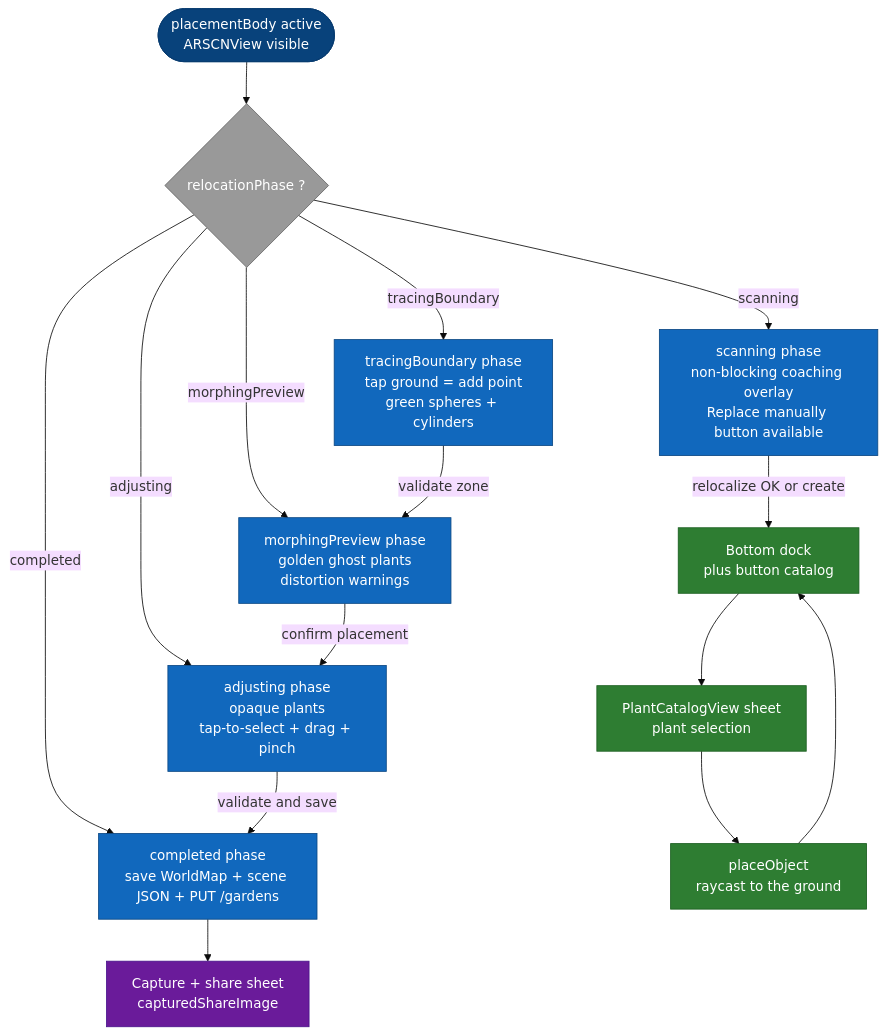
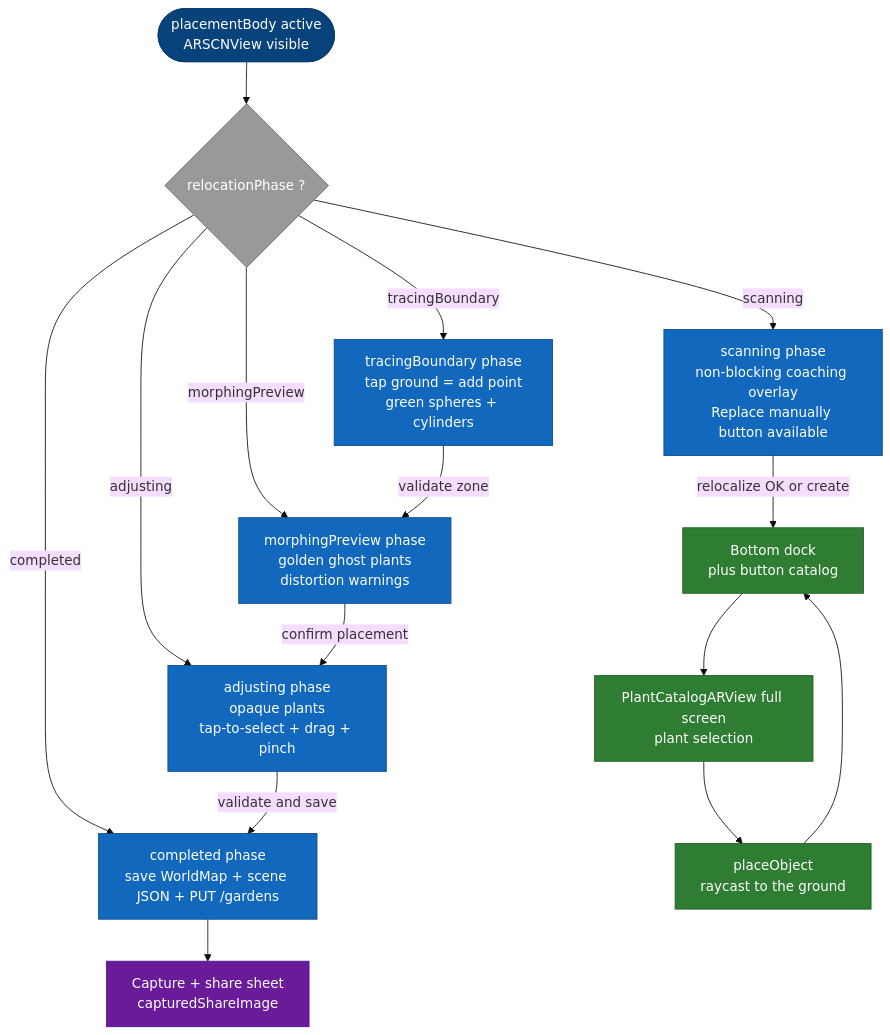
The diagram in docs/en/screens/garden-ar-placement.md (ArboreTeam/Arbore), drawn with Mermaid (base theme) before and after one commit. The commit also changed other lines of this file and 13 other files, not shown here.

````diff
--- a/docs/en/screens/garden-ar-placement.md
+++ b/docs/en/screens/garden-ar-placement.md
@@ -31,47 +31,47 @@
 ```mermaid
 flowchart TB
     body([placementBody active<br/>ARSCNView visible])
 
     relo{relocationPhase ?}
 
     scanning[scanning phase<br/>non-blocking coaching overlay<br/>Replace manually button available]
     tracing[tracingBoundary phase<br/>tap ground = add point<br/>green spheres + cylinders]
     morph[morphingPreview phase<br/>golden ghost plants<br/>distortion warnings]
     adjust[adjusting phase<br/>opaque plants<br/>tap-to-select + drag + pinch]
     completed[completed phase<br/>save WorldMap + scene JSON + PUT /gardens]
 
     dock[Bottom dock<br/>plus button catalog]
-    picker[PlantCatalogView sheet<br/>plant selection]
+    picker[PlantCatalogARView full screen<br/>plant selection]
     place[placeObject<br/>raycast to the ground]
 
     share[Capture + share sheet<br/>capturedShareImage]
 
     body --> relo
 
     relo -->|scanning| scanning
     relo -->|tracingBoundary| tracing
     relo -->|morphingPreview| morph
     relo -->|adjusting| adjust
     relo -->|completed| completed
 
     scanning -->|relocalize OK or create| dock
     dock --> picker
     picker --> place
     place --> dock
 
     tracing -->|validate zone| morph
     morph -->|confirm placement| adjust
     adjust -->|validate and save| completed
     completed --> share
 
     classDef body fill:#08427B,stroke:#073B6F,color:#fff
     classDef phase fill:#1168BD,stroke:#0B4884,color:#fff
     classDef widget fill:#2E7D32,stroke:#1B5E20,color:#fff
     classDef terminal fill:#6A1B9A,stroke:#4A148C,color:#fff
     classDef cond fill:#999,stroke:#666,color:#fff
     class body body
     class scanning,tracing,morph,adjust,completed phase
     class dock,picker,place widget
     class share terminal
     class relo cond
 ```
````
